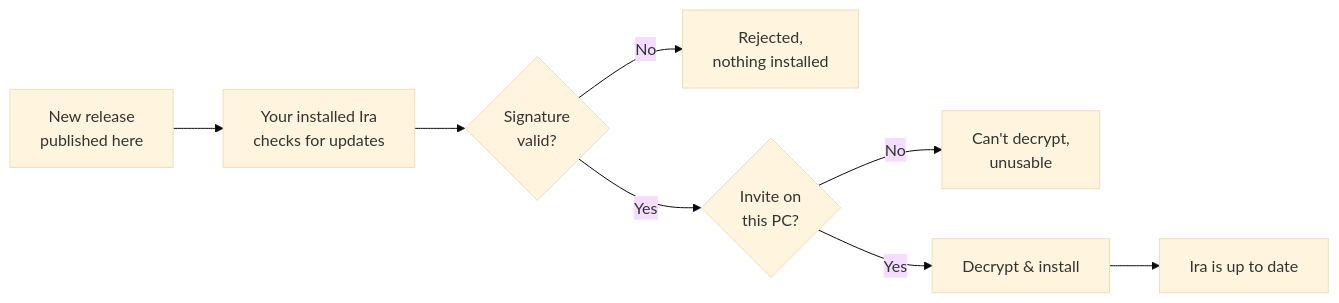
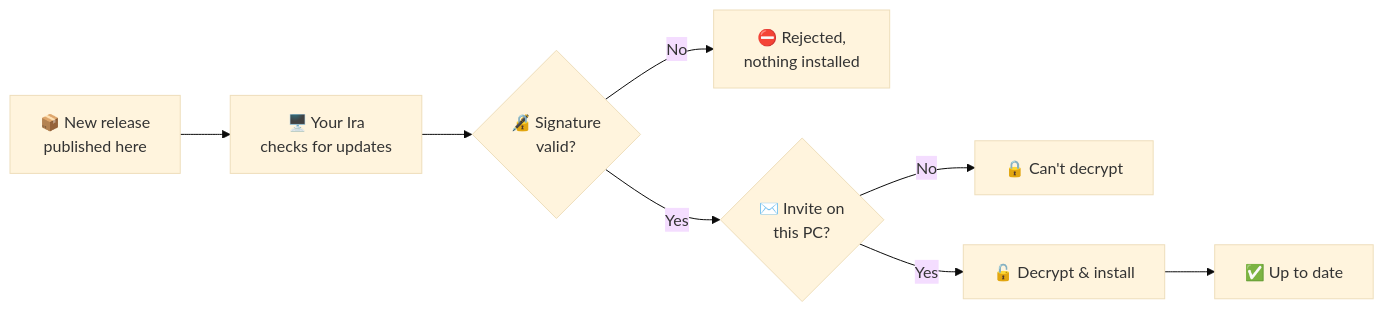
One commit to rahulghosh111111/Personal-Assistant-releases changed the diagram in README.md. Above: the diagram before and after it, drawn with Mermaid (base theme). The commit also changed other lines of this file, not shown here.

````diff
--- a/README.md
+++ b/README.md
@@ -76,10 +254,10 @@
 ```mermaid
 flowchart LR
-    A[New release<br/>published here] --> B[Your installed Ira<br/>checks for updates]
-    B --> C{Signature<br/>valid?}
-    C -- No --> X[Rejected,<br/>nothing installed]
-    C -- Yes --> D{Invite on<br/>this PC?}
-    D -- No --> Y[Can't decrypt,<br/>unusable]
-    D -- Yes --> E[Decrypt & install]
-    E --> F[Ira is up to date]
+    A[📦 New release<br/>published here] --> B[🖥️ Your Ira<br/>checks for updates]
+    B --> C{🔏 Signature<br/>valid?}
+    C -- No --> X[⛔ Rejected,<br/>nothing installed]
+    C -- Yes --> D{✉️ Invite on<br/>this PC?}
+    D -- No --> Y[🔒 Can't decrypt]
+    D -- Yes --> E[🔓 Decrypt & install]
+    E --> F[✅ Up to date]
 ```
````
